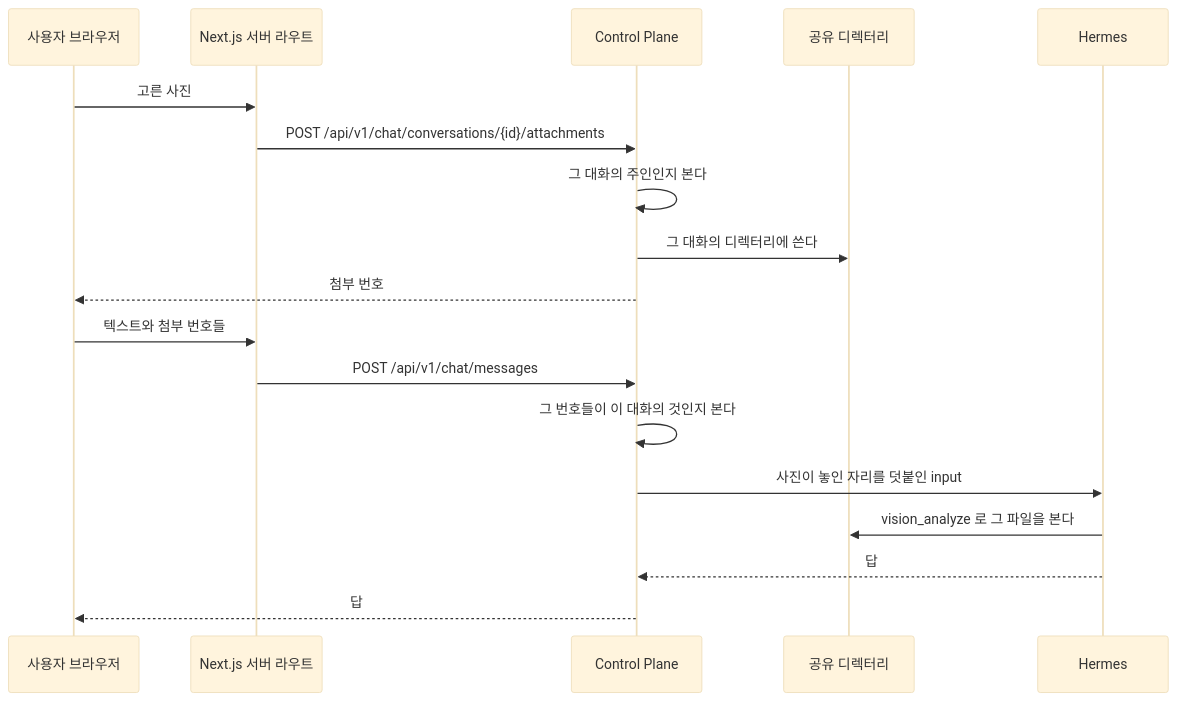
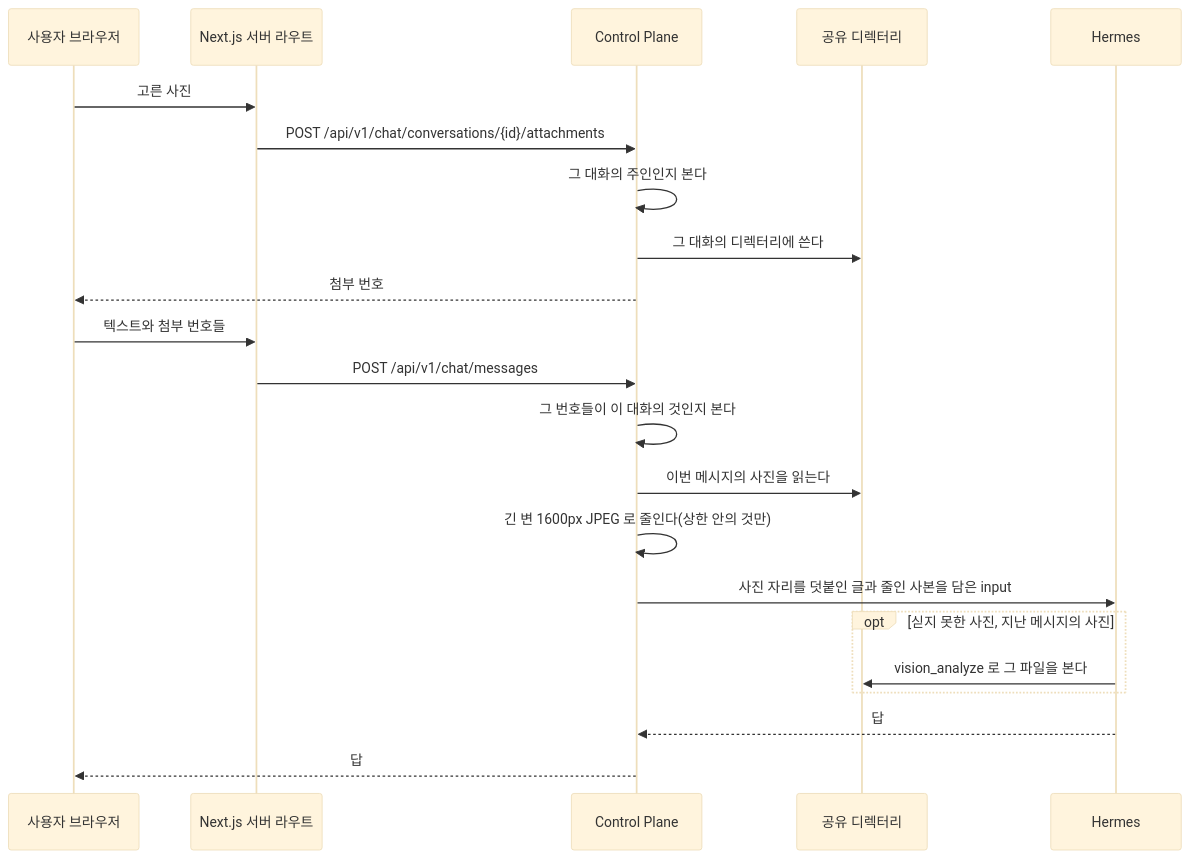
The diagram in docs/backend/attachment.md (jon890/fos-assistant), drawn with Mermaid (base theme) before and after one commit. The commit also changed other lines of this file and 8 other files, not shown here.

First line of the commit message:
docs(docs): 보내는 메시지의 사진을 줄여 실행 입력에 싣는 결정과 계획을 적는다

````diff
--- a/docs/backend/attachment.md
+++ b/docs/backend/attachment.md
@@ -100,22 +115,26 @@
 ```mermaid
 sequenceDiagram
     participant U as 사용자 브라우저
     participant W as Next.js 서버 라우트
     participant C as Control Plane
     participant D as 공유 디렉터리
     participant H as Hermes
 
     U->>W: 고른 사진
     W->>C: POST /api/v1/chat/conversations/{id}/attachments
     C->>C: 그 대화의 주인인지 본다
     C->>D: 그 대화의 디렉터리에 쓴다
     C-->>U: 첨부 번호
 
     U->>W: 텍스트와 첨부 번호들
     W->>C: POST /api/v1/chat/messages
     C->>C: 그 번호들이 이 대화의 것인지 본다
-    C->>H: 사진이 놓인 자리를 덧붙인 input
-    H->>D: vision_analyze 로 그 파일을 본다
+    C->>D: 이번 메시지의 사진을 읽는다
+    C->>C: 긴 변 1600px JPEG 로 줄인다(상한 안의 것만)
+    C->>H: 사진 자리를 덧붙인 글과 줄인 사본을 담은 input
+    opt 싣지 못한 사진, 지난 메시지의 사진
+        H->>D: vision_analyze 로 그 파일을 본다
+    end
     H-->>C: 답
     C-->>U: 답
 ```
````
